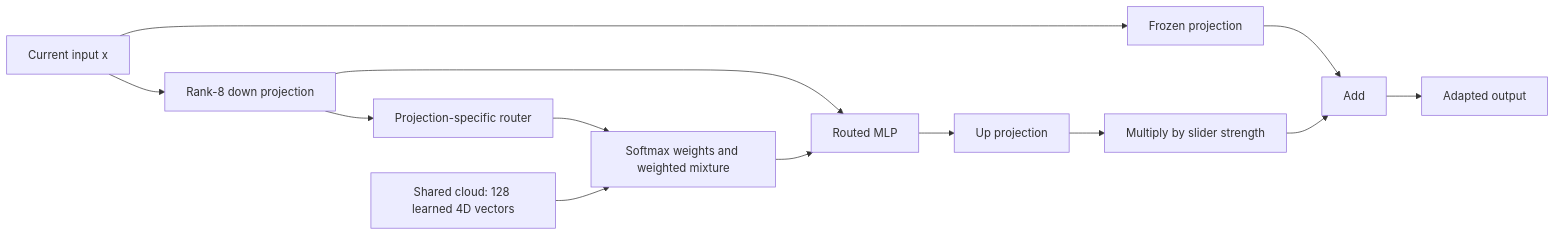
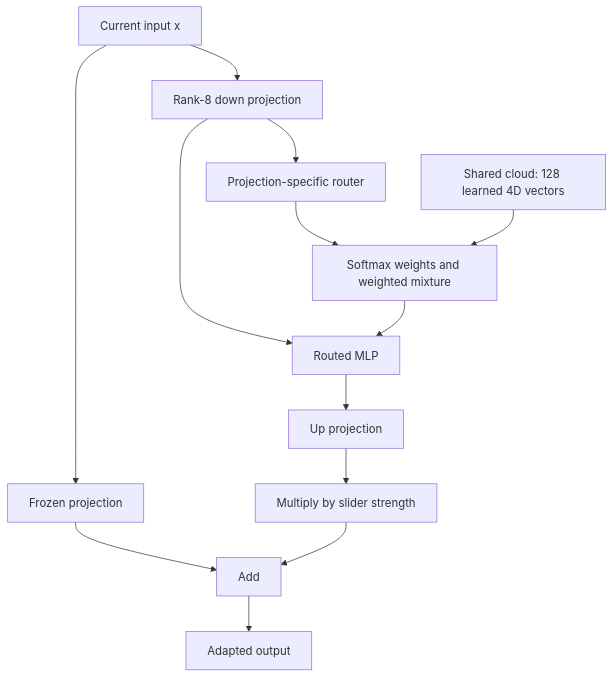
The diagram in README.md (mikkel/yue2-concept-sliders), drawn with Mermaid before and after one commit. The commit also changed other lines of this file and 1 other file, not shown here.

Commit message:
Use GitHub-compatible math notation and readable routing diagram

````diff
--- a/README.md
+++ b/README.md
@@ -23,15 +23,15 @@
 ```mermaid
-flowchart LR
+flowchart TB
     X[Current input x] --> Base[Frozen projection]
     X --> Down[Rank-8 down projection]
     Down --> Router[Projection-specific router]
     Router --> Mix[Softmax weights and weighted mixture]
     Cloud[Shared cloud: 128 learned 4D vectors] --> Mix
     Down --> MLP[Routed MLP]
     Mix --> MLP
     MLP --> Up[Up projection]
     Up --> Strength[Multiply by slider strength]
     Base --> Add[Add]
     Strength --> Add
     Add --> Output[Adapted output]
 ```
````
